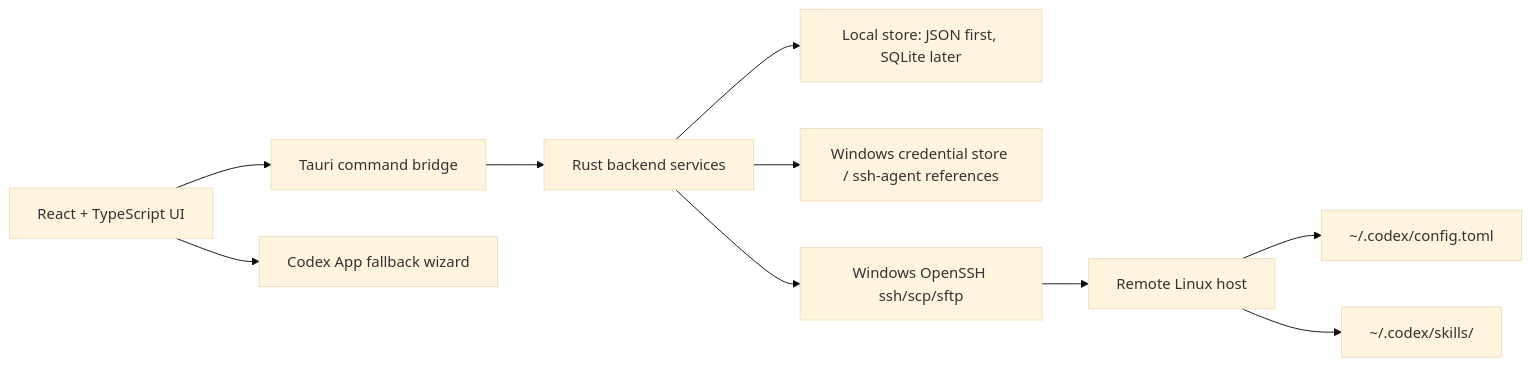
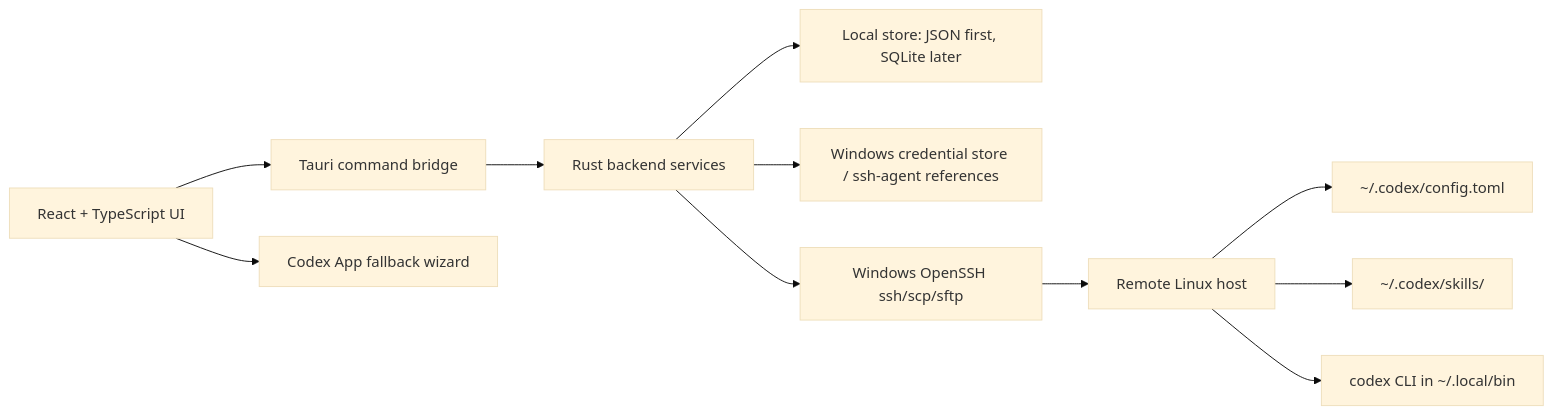
The diagram in docs/architecture.md (Jurio0304/CodexHub), drawn with Mermaid (base theme) before and after one commit. The commit also changed other lines of this file and 10 other files, not shown here.

Commit message:
Implement remote Codex install update flow

````diff
--- a/docs/architecture.md
+++ b/docs/architecture.md
@@ -17,12 +17,13 @@
 ```mermaid
 flowchart LR
   UI["React + TypeScript UI"] --> Tauri["Tauri command bridge"]
   Tauri --> Rust["Rust backend services"]
   Rust --> Store["Local store: JSON first, SQLite later"]
   Rust --> Creds["Windows credential store / ssh-agent references"]
   Rust --> OpenSSH["Windows OpenSSH ssh/scp/sftp"]
   OpenSSH --> Remote["Remote Linux host"]
   Remote --> Config["~/.codex/config.toml"]
   Remote --> Skills["~/.codex/skills/"]
+  Remote --> CodexCli["codex CLI in ~/.local/bin"]
   UI --> Fallback["Codex App fallback wizard"]
 ```
````
